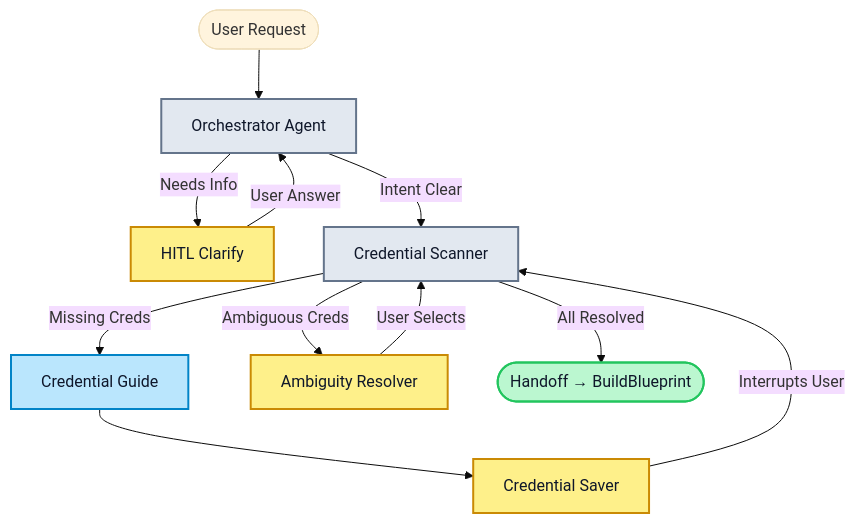
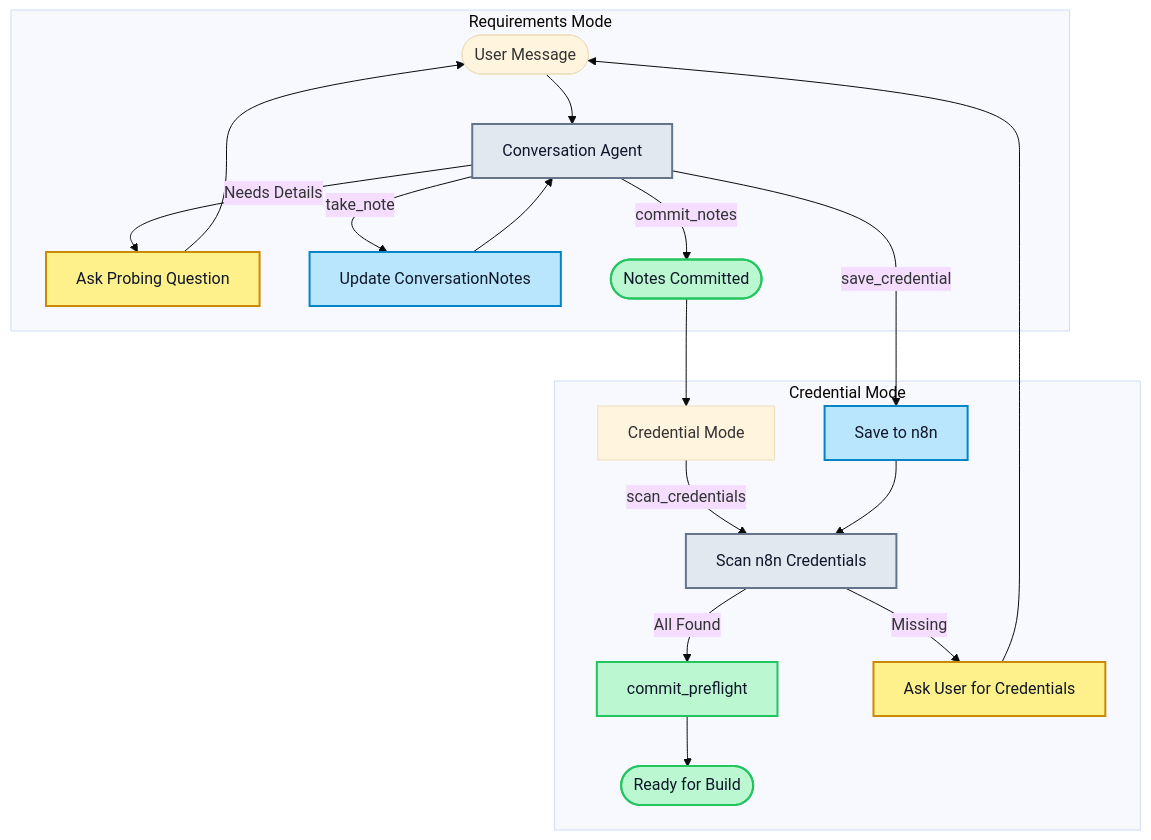
The first of 6 diagrams in README.md (h19overflow/ARIA), drawn with Mermaid (base theme) before and after one commit. The commit also changed other lines of this file and 1 other file, not shown here.

First line of the commit message:
Refactor README.md to clarify the ARIA Agentic System structure and functionality

````diff
--- a/README.md
+++ b/README.md
@@ -95,26 +69,34 @@
 ```mermaid
 flowchart TD
-    Start([User Request]) --> O[Orchestrator Agent]
+    U([User Message]) --> CA[Conversation Agent]
 
-    O -->|Needs Info| HC[HITL Clarify]
-    HC -->|User Answer| O
+    subgraph Requirements Mode
+        CA -->|Needs Details| Q[Ask Probing Question]
+        Q --> U
+        CA -->|take_note| N[Update ConversationNotes]
+        N --> CA
+        CA -->|commit_notes| CM([Notes Committed])
+    end
 
-    O -->|Intent Clear| CS[Credential Scanner]
+    CM --> CRED[Credential Mode]
 
-    CS -->|Missing Creds| CG[Credential Guide]
-    CG --> CSV[Credential Saver]
-    CSV -->|Interrupts User| CS
+    subgraph Credential Mode
+        CRED -->|scan_credentials| SC[Scan n8n Credentials]
+        SC -->|All Found| CP[commit_preflight]
+        SC -->|Missing| ASK[Ask User for Credentials]
+        ASK --> U
+        CA -->|save_credential| SV[Save to n8n]
+        SV --> SC
+        CP --> DONE([Ready for Build])
+    end
 
-    CS -->|Ambiguous Creds| AMB[Ambiguity Resolver]
-    AMB -->|User Selects| CS
-
-    CS -->|All Resolved| HO([Handoff → BuildBlueprint])
-
-    style O fill:#e2e8f0,stroke:#64748b,stroke-width:2px,color:#0f172a
-    style HC fill:#fef08a,stroke:#ca8a04,stroke-width:2px,color:#0f172a
-    style CS fill:#e2e8f0,stroke:#64748b,stroke-width:2px,color:#0f172a
-    style CG fill:#bae6fd,stroke:#0284c7,stroke-width:2px,color:#0f172a
-    style CSV fill:#fef08a,stroke:#ca8a04,stroke-width:2px,color:#0f172a
-    style AMB fill:#fef08a,stroke:#ca8a04,stroke-width:2px,color:#0f172a
-    style HO fill:#bbf7d0,stroke:#22c55e,stroke-width:2px,color:#0f172a
+    style CA fill:#e2e8f0,stroke:#64748b,stroke-width:2px,color:#0f172a
+    style Q fill:#fef08a,stroke:#ca8a04,stroke-width:2px,color:#0f172a
+    style N fill:#bae6fd,stroke:#0284c7,stroke-width:2px,color:#0f172a
+    style CM fill:#bbf7d0,stroke:#22c55e,stroke-width:2px,color:#0f172a
+    style SC fill:#e2e8f0,stroke:#64748b,stroke-width:2px,color:#0f172a
+    style ASK fill:#fef08a,stroke:#ca8a04,stroke-width:2px,color:#0f172a
+    style SV fill:#bae6fd,stroke:#0284c7,stroke-width:2px,color:#0f172a
+    style CP fill:#bbf7d0,stroke:#22c55e,stroke-width:2px,color:#0f172a
+    style DONE fill:#bbf7d0,stroke:#22c55e,stroke-width:2px,color:#0f172a
 ```
````
